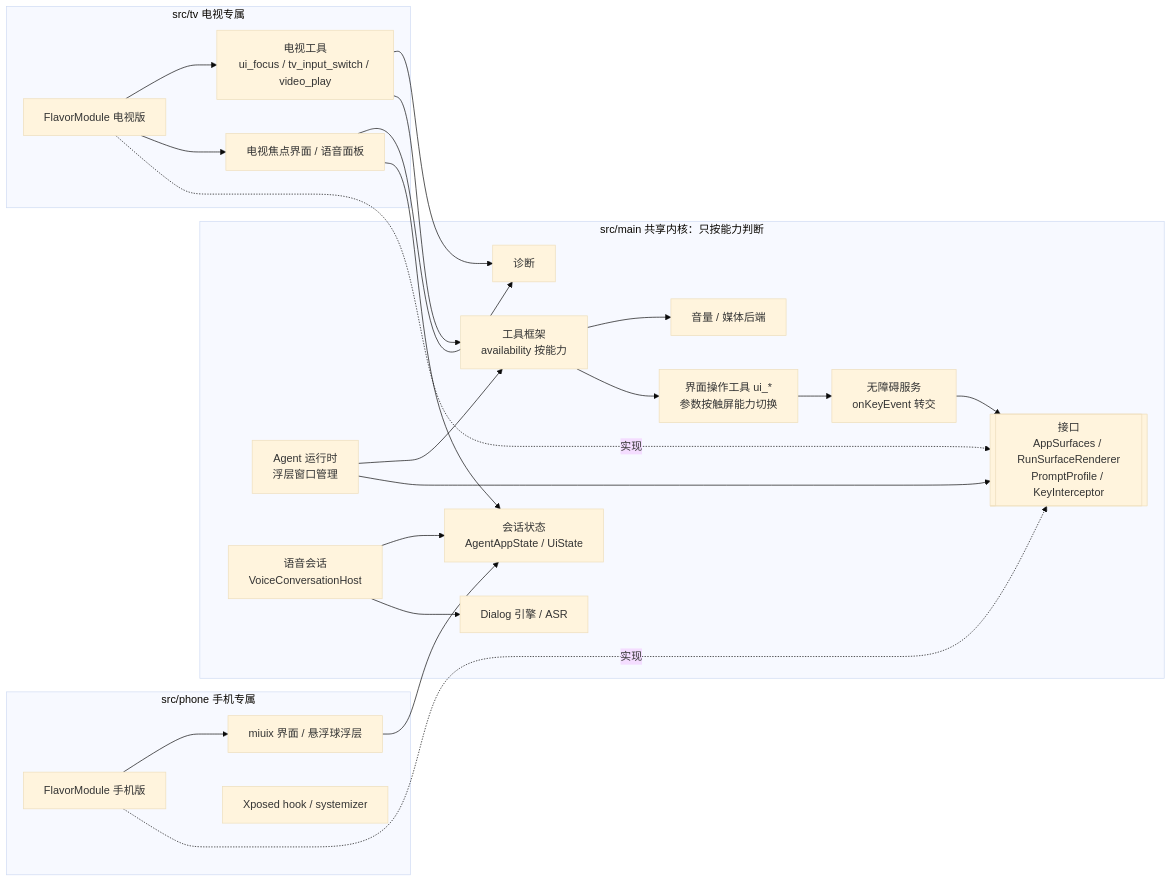
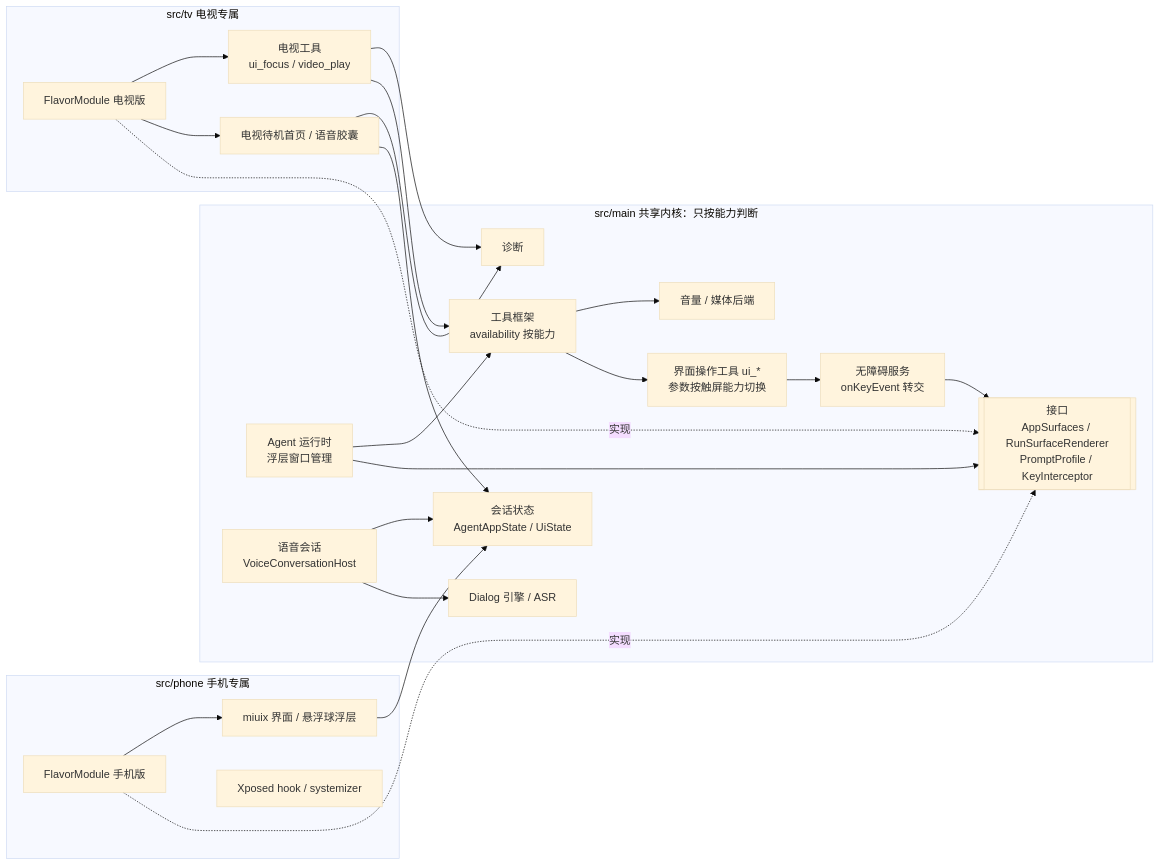
The first of 2 diagrams in docs/solutions/tv-voice-app/电视端语音App实施方案.md (Fartown/Movo), drawn with Mermaid (base theme) before and after one commit. The commit also changed other lines of this file and 1 other file, not shown here.

First line of the commit message:
docs(tv): record voice-first UI v2, drop input switching, keep video deep links

````diff
--- a/docs/solutions/tv-voice-app/电视端语音App实施方案.md
+++ b/docs/solutions/tv-voice-app/电视端语音App实施方案.md
@@ -224,39 +256,39 @@
 ```mermaid
 flowchart LR
     subgraph main[src/main 共享内核：只按能力判断]
         RT[Agent 运行时<br/>浮层窗口管理]
         TS[工具框架<br/>availability 按能力]
         UT[界面操作工具 ui_*<br/>参数按触屏能力切换]
         VC[语音会话<br/>VoiceConversationHost]
         DE[Dialog 引擎 / ASR]
         VOL[音量 / 媒体后端]
         A11Y[无障碍服务<br/>onKeyEvent 转交]
         ST[会话状态<br/>AgentAppState / UiState]
         DG[诊断]
         PORT[[接口<br/>AppSurfaces / RunSurfaceRenderer<br/>PromptProfile / KeyInterceptor]]
     end
     subgraph phone[src/phone 手机专属]
         PFM[FlavorModule 手机版]
         PUI[miuix 界面 / 悬浮球浮层]
         HK[Xposed hook / systemizer]
     end
     subgraph tv[src/tv 电视专属]
         TFM[FlavorModule 电视版]
-        TUI[电视焦点界面 / 语音面板]
-        TT[电视工具<br/>ui_focus / tv_input_switch / video_play]
+        TUI[电视待机首页 / 语音胶囊]
+        TT[电视工具<br/>ui_focus / video_play]
     end
     PFM -.实现.-> PORT
     TFM -.实现.-> PORT
     PFM --> PUI
     TFM --> TUI & TT
     RT --> PORT
     RT --> TS
     TS --> UT & VOL
     UT --> A11Y
     A11Y --> PORT
     VC --> DE
     VC --> ST
     PUI & TUI --> ST
     TT --> TS
     TUI & TT --> DG
 ```
````
